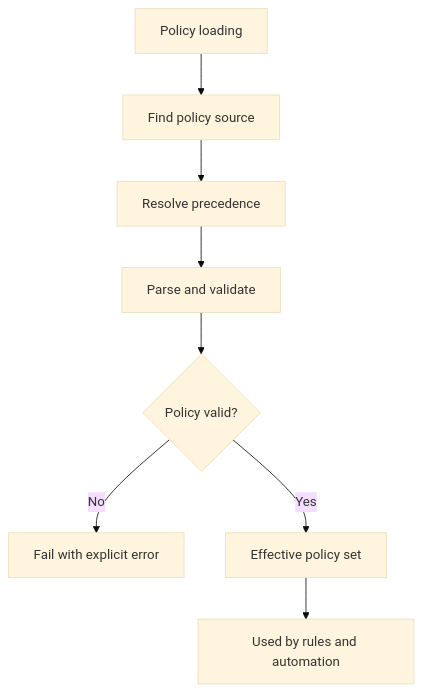
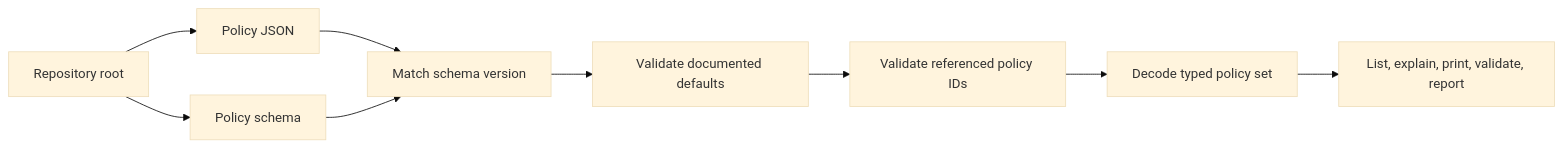
One commit to bijux/bijux-atlas changed the diagram in docs/bijux-atlas-dev/governance/policy-loading.md. Above: the diagram before and after it, drawn with Mermaid (base theme). The commit also changed other lines of this file and 1 other file, not shown here.

Commit message:
docs(governance): define policy and rule enforcement boundaries

````diff
--- a/docs/bijux-atlas-dev/governance/policy-loading.md
+++ b/docs/bijux-atlas-dev/governance/policy-loading.md
@@ -17,10 +24,11 @@
 ```mermaid
-flowchart TD
-    Find[Policy loading] --> Source[Find policy source]
-    Source --> Precedence[Resolve precedence]
-    Precedence --> Parse[Parse and validate]
-    Parse --> Valid{Policy valid?}
-    Valid -- No --> Fail[Fail with explicit error]
-    Valid -- Yes --> Effective[Effective policy set]
-    Effective --> Use[Used by rules and automation]
+flowchart LR
+    Root[Repository root] --> Config[Policy JSON]
+    Root --> Schema[Policy schema]
+    Config --> Version[Match schema version]
+    Schema --> Version
+    Version --> Defaults[Validate documented defaults]
+    Defaults --> Registry[Validate referenced policy IDs]
+    Registry --> Decode[Decode typed policy set]
+    Decode --> Commands[List, explain, print, validate, report]
 ```
````
